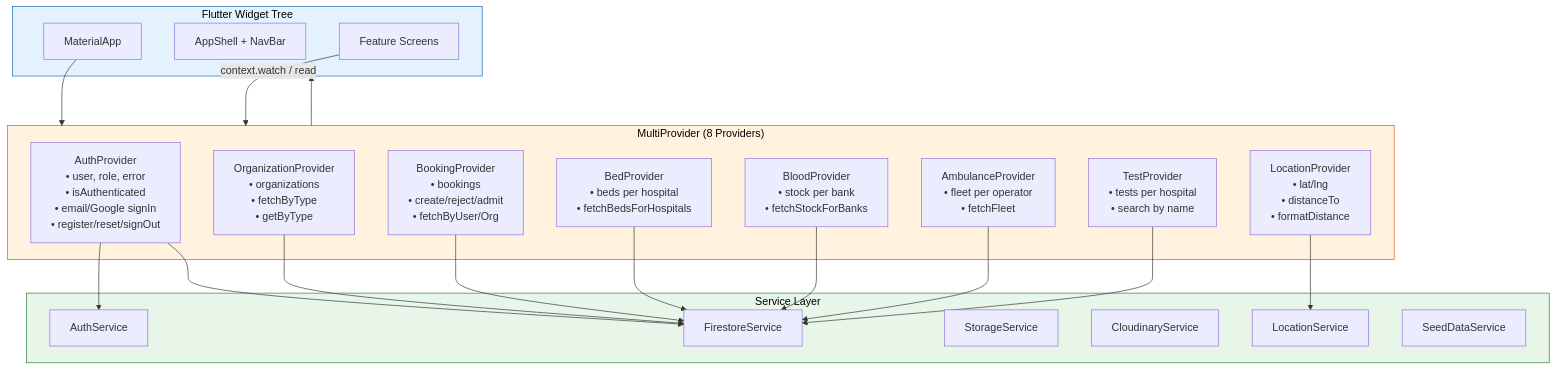
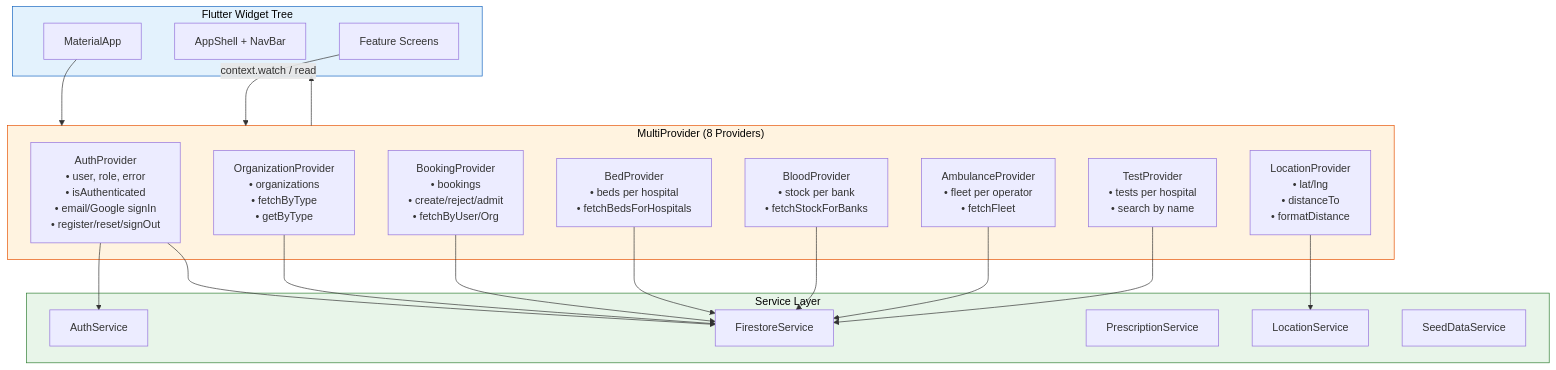
Diagram 13 of 14 in SDP_Report_Diagrams.md (Aurorabtw/emergency-health-services), drawn with Mermaid before and after one commit. The commit also changed other lines of this file and 22 other files, not shown here.

````diff
--- a/SDP_Report_Diagrams.md
+++ b/SDP_Report_Diagrams.md
@@ -615,45 +607,44 @@
 ```mermaid
 graph TB
     subgraph UI["Flutter Widget Tree"]
         MS[MaterialApp]
         AS[AppShell + NavBar]
         Screens[Feature Screens]
     end
 
     subgraph MP["MultiProvider (8 Providers)"]
         AP[AuthProvider\n• user, role, error\n• isAuthenticated\n• email/Google signIn\n• register/reset/signOut]
         LP[LocationProvider\n• lat/lng\n• distanceTo\n• formatDistance]
         OP[OrganizationProvider\n• organizations\n• fetchByType\n• getByType]
         BKP[BookingProvider\n• bookings\n• create/reject/admit\n• fetchByUser/Org]
         BedP[BedProvider\n• beds per hospital\n• fetchBedsForHospitals]
         BlP[BloodProvider\n• stock per bank\n• fetchStockForBanks]
         AmP[AmbulanceProvider\n• fleet per operator\n• fetchFleet]
         TP[TestProvider\n• tests per hospital\n• search by name]
     end
 
     subgraph SVC["Service Layer"]
         AuthS[AuthService]
         FireS[FirestoreService]
-        StorS[StorageService]
-        CldS[CloudinaryService]
+        PresS[PrescriptionService]
         LocS[LocationService]
         SeedS[SeedDataService]
     end
 
     MS --> MP
     MP --> UI
     Screens -->|context.watch / read| MP
     AP --> AuthS
     AP --> FireS
     OP --> FireS
     BKP --> FireS
     BedP --> FireS
     BlP --> FireS
     AmP --> FireS
     TP --> FireS
     LP --> LocS
 
     style UI fill:#e3f2fd,stroke:#1565c0,color:#000
     style MP fill:#fff3e0,stroke:#e65100,color:#000
     style SVC fill:#e8f5e9,stroke:#2e7d32,color:#000
 ```
````
